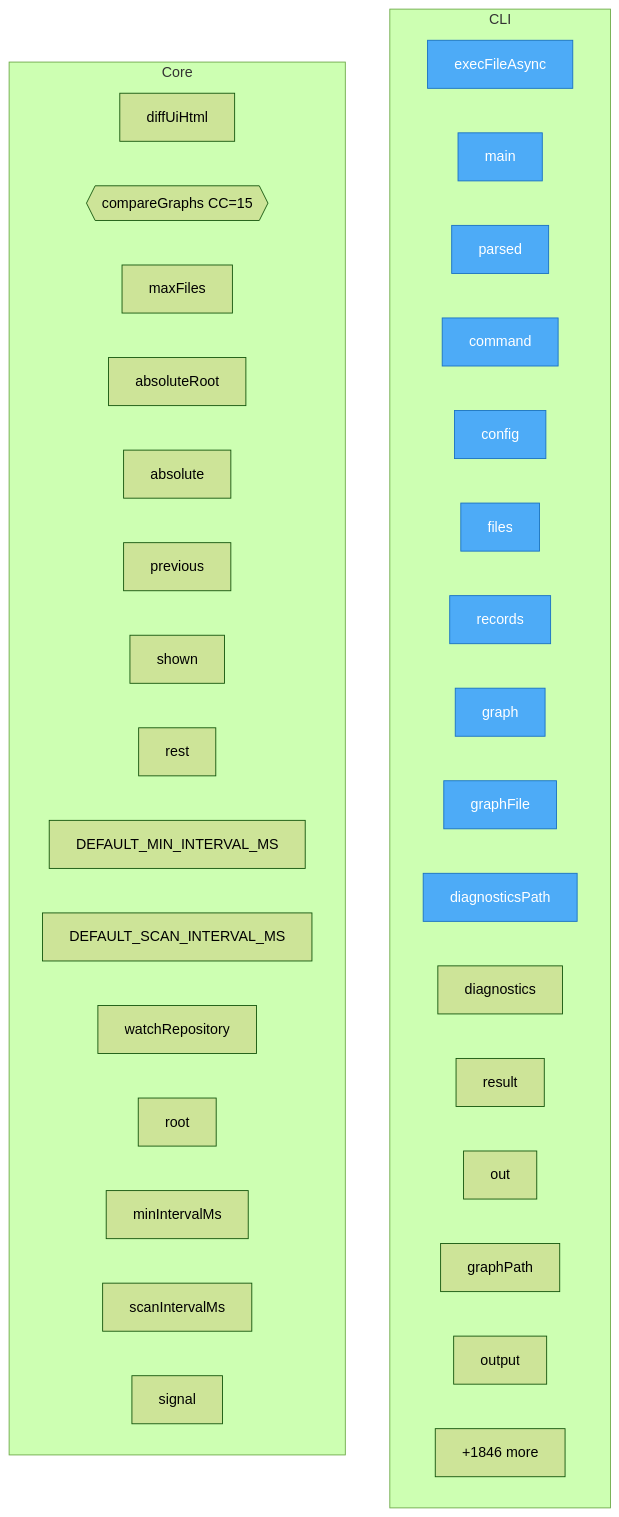
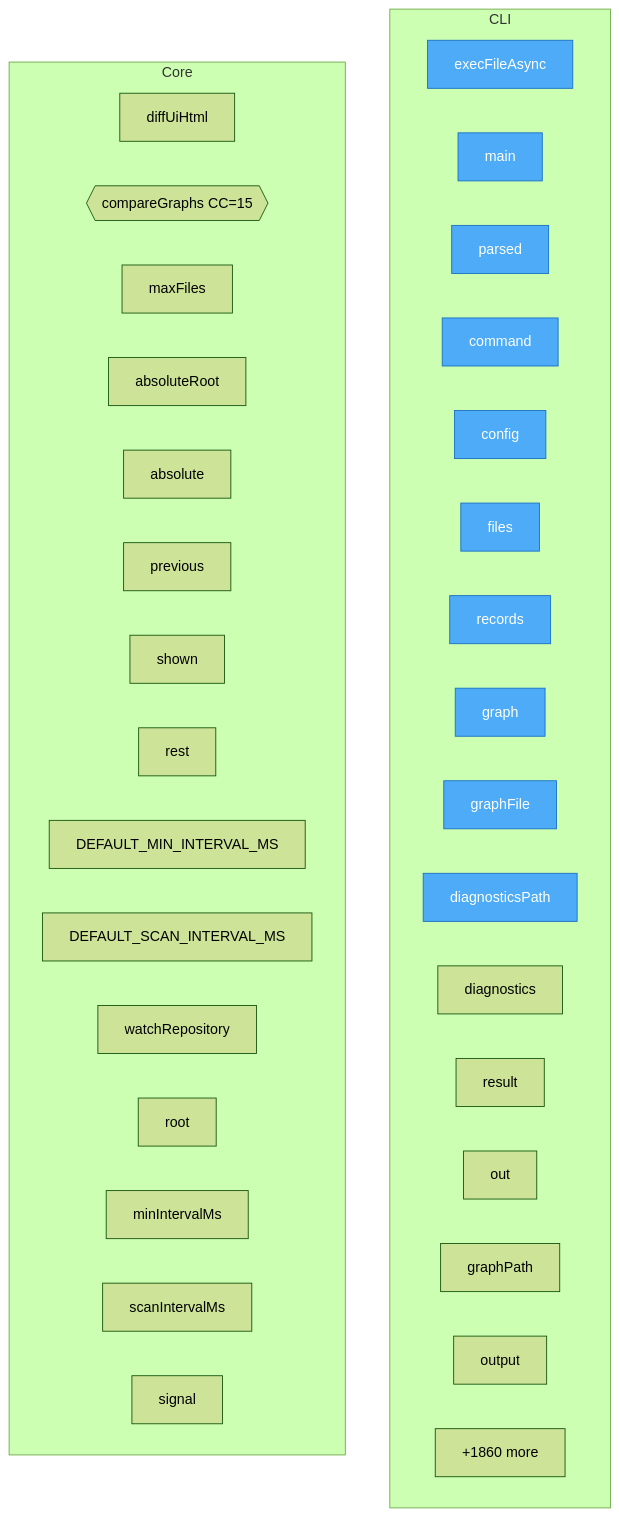
Before and after one commit to autogrammar/todo2code: the diagram in project/flow.mmd, drawn with Mermaid (forest theme). The commit also changed 102 other files, not shown here.

```diff
--- a/project/flow.mmd
+++ b/project/flow.mmd
@@ -1,45 +1,45 @@
 flowchart TD
 %% generated in 0.03s
 
     %% Entry points (blue)
     classDef entry fill:#4dabf7,stroke:#1971c2,color:#fff
 
     subgraph CLI
         src__cli__execFileAsync["execFileAsync"]
         src__cli__main["main"]
         src__cli__parsed["parsed"]
         src__cli__command["command"]
         src__cli__config["config"]
         src__cli__files["files"]
         src__cli__records["records"]
         src__cli__graph["graph"]
         src__cli__graphFile["graphFile"]
         src__cli__diagnosticsPath["diagnosticsPath"]
         src__cli__diagnostics["diagnostics"]
         src__cli__result["result"]
         src__cli__out["out"]
         src__cli__graphPath["graphPath"]
         src__cli__output["output"]
         ...["+68 more"]
     end
 
     subgraph Core
         src__web__diff_ui__diffUiHtml["diffUiHtml"]
         src__web__diff_ui__compareGraphs{{compareGraphs CC=15}}
         src__watch__watcher__maxFiles["maxFiles"]
         src__watch__watcher__absoluteRoot["absoluteRoot"]
         src__watch__watcher__absolute["absolute"]
         src__watch__watcher__previous["previous"]
         src__watch__watcher__shown["shown"]
         src__watch__watcher__rest["rest"]
         src__watch__watcher__DEFAULT_MIN_INTERVAL_MS["DEFAULT_MIN_INTERVAL_MS"]
         src__watch__watcher__DEFAULT_SCAN_INTERVAL_MS["DEFAULT_SCAN_INTERVAL_MS"]
         src__watch__watcher__watchRepository["watchRepository"]
         src__watch__watcher__root["root"]
         src__watch__watcher__minIntervalMs["minIntervalMs"]
         src__watch__watcher__scanIntervalMs["scanIntervalMs"]
         src__watch__watcher__signal["signal"]
-        ...["+1846 more"]
+        ...["+1860 more"]
     end
 
     class src__cli__execFileAsync,src__cli__main,src__cli__parsed,src__cli__command,src__cli__config,src__cli__files,src__cli__records,src__cli__graph,src__cli__graphFile,src__cli__diagnosticsPath entry
```
